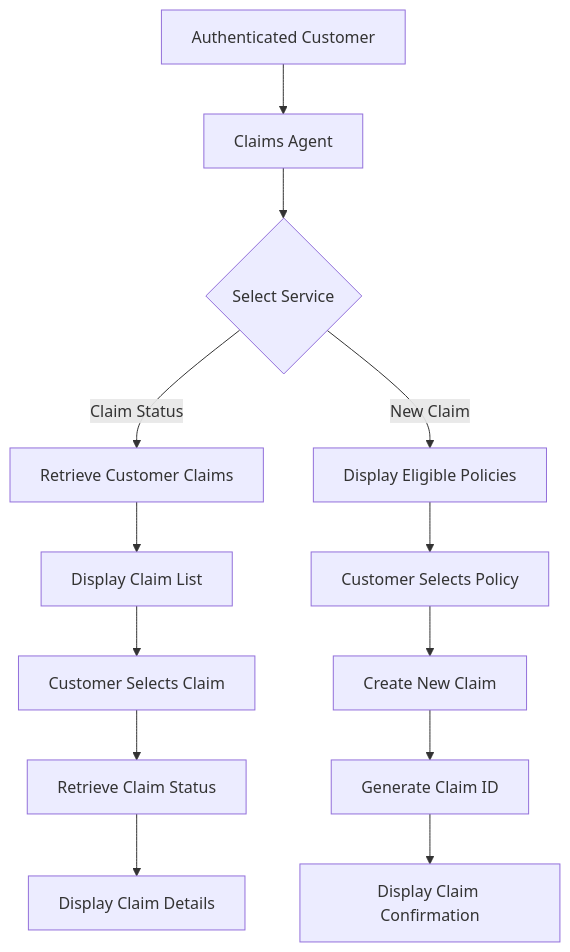
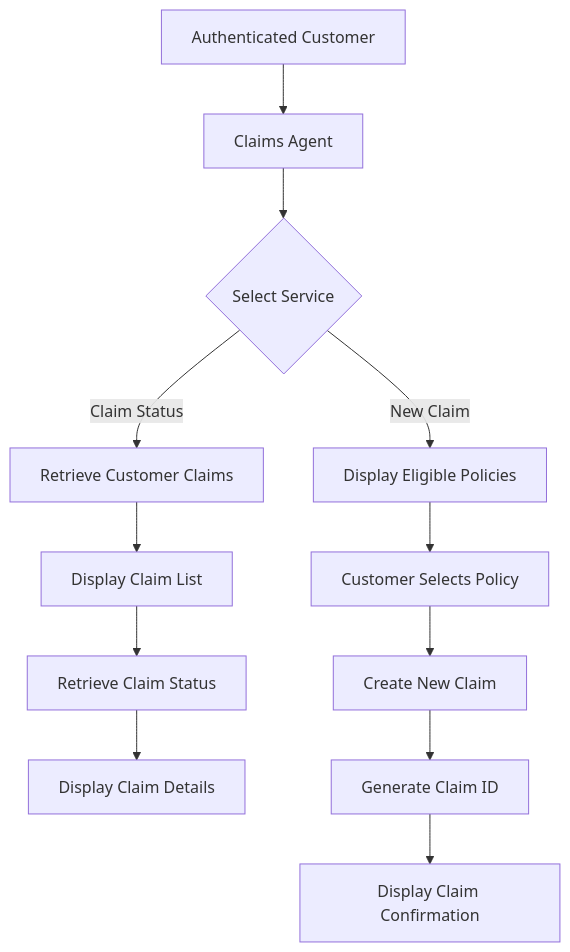
One commit to sanskriti-s407/insurance-voice-agent changed the third of 5 diagrams in docs/07_conversation_flows.md. Above: the diagram before and after it, drawn with Mermaid. The commit also changed other lines of this file, not shown here.

````diff
--- a/docs/07_conversation_flows.md
+++ b/docs/07_conversation_flows.md
@@ -97,20 +97,19 @@
 ```mermaid
 flowchart TD
 
 A[Authenticated Customer]
 A --> B[Claims Agent]
 
 B --> C{Select Service}
 
 C -->|Claim Status| D[Retrieve Customer Claims]
 D --> E[Display Claim List]
-E --> F[Customer Selects Claim]
-F --> G[Retrieve Claim Status]
-G --> H[Display Claim Details]
+E --> F[Retrieve Claim Status]
+F --> G[Display Claim Details]
 
 C -->|New Claim| I[Display Eligible Policies]
 I --> J[Customer Selects Policy]
 J --> K[Create New Claim]
 K --> L[Generate Claim ID]
 L --> M[Display Claim Confirmation]
 ```
````
